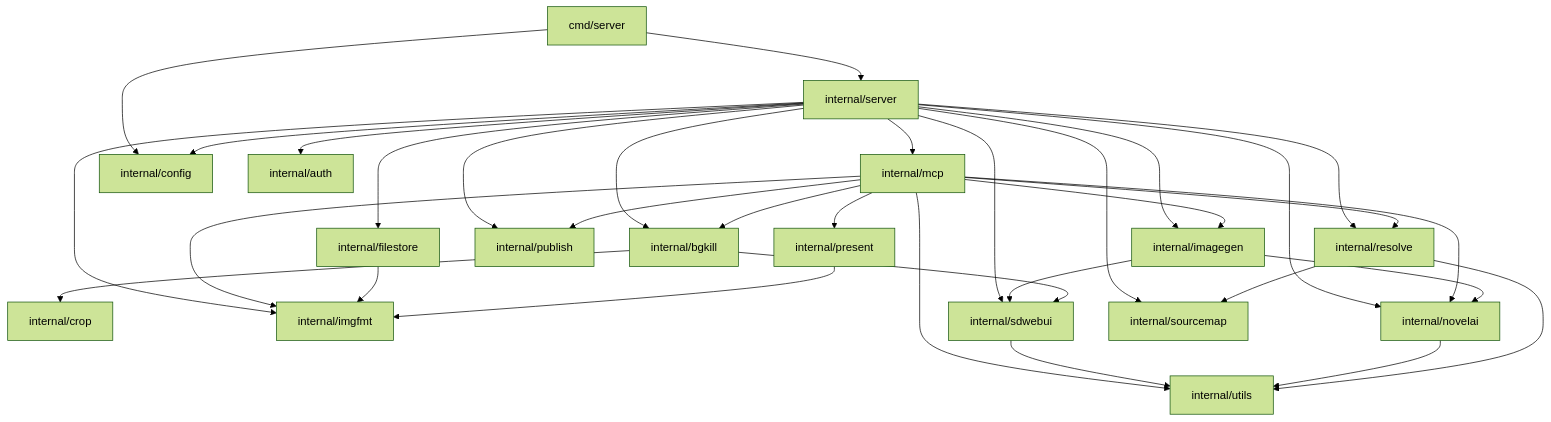
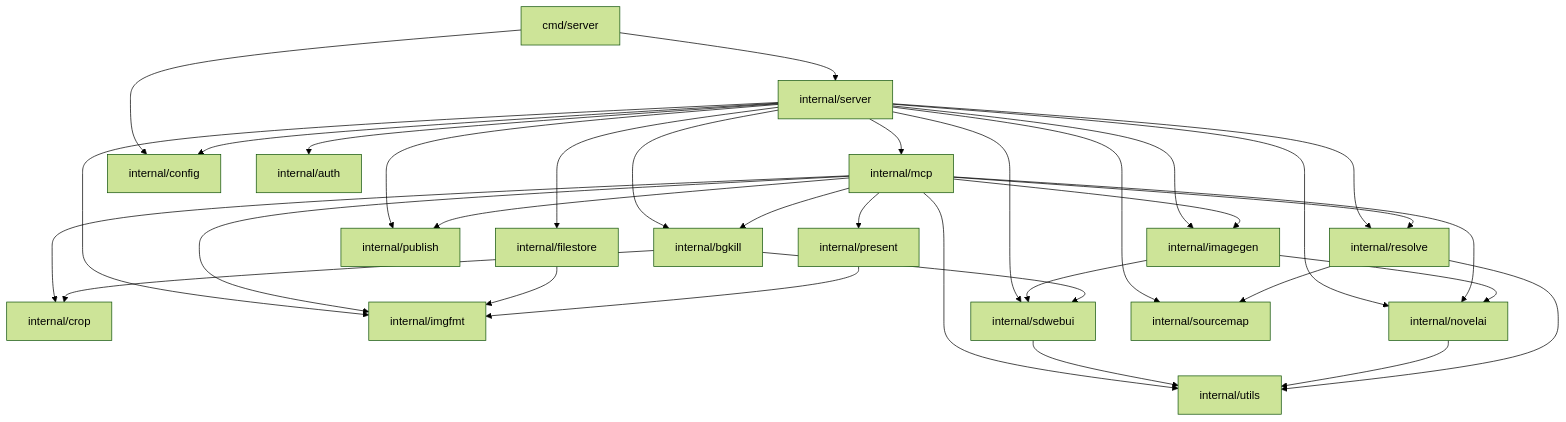
Before and after one commit to wishmatic/neo-mcp: the diagram in AGENTS.md, drawn with Mermaid (forest theme). The commit also changed 12 other files, not shown here.

````diff
--- a/AGENTS.md
+++ b/AGENTS.md
@@ -75,57 +75,58 @@
 ```mermaid
 flowchart TD
     cmd["cmd/server"]
     server["internal/server"]
     mcp["internal/mcp"]
     imagegen["internal/imagegen"]
     bgkill["internal/bgkill"]
     present["internal/present"]
     publish["internal/publish"]
     crop["internal/crop"]
     imgfmt["internal/imgfmt"]
     sdwebui["internal/sdwebui"]
     novelai["internal/novelai"]
     sourcemap["internal/sourcemap"]
     resolve["internal/resolve"]
     filestore["internal/filestore"]
     config["internal/config"]
     auth["internal/auth"]
     utils["internal/utils"]
 
     cmd --> server
     cmd --> config
 
     server --> mcp
     server --> imagegen
     server --> bgkill
     server --> publish
     server --> auth
     server --> config
     server --> sdwebui
     server --> novelai
     server --> resolve
     server --> filestore
     server --> imgfmt
     server --> sourcemap
 
     mcp --> imagegen
     mcp --> bgkill
+    mcp --> crop
     mcp --> present
     mcp --> publish
     mcp --> imgfmt
     mcp --> novelai
     mcp --> resolve
     mcp --> utils
 
     imagegen --> sdwebui
     imagegen --> novelai
     bgkill --> sdwebui
     bgkill --> crop
     filestore --> imgfmt
     present --> imgfmt
 
     sdwebui --> utils
     novelai --> utils
     resolve --> sourcemap
     resolve --> utils
 ```
````
